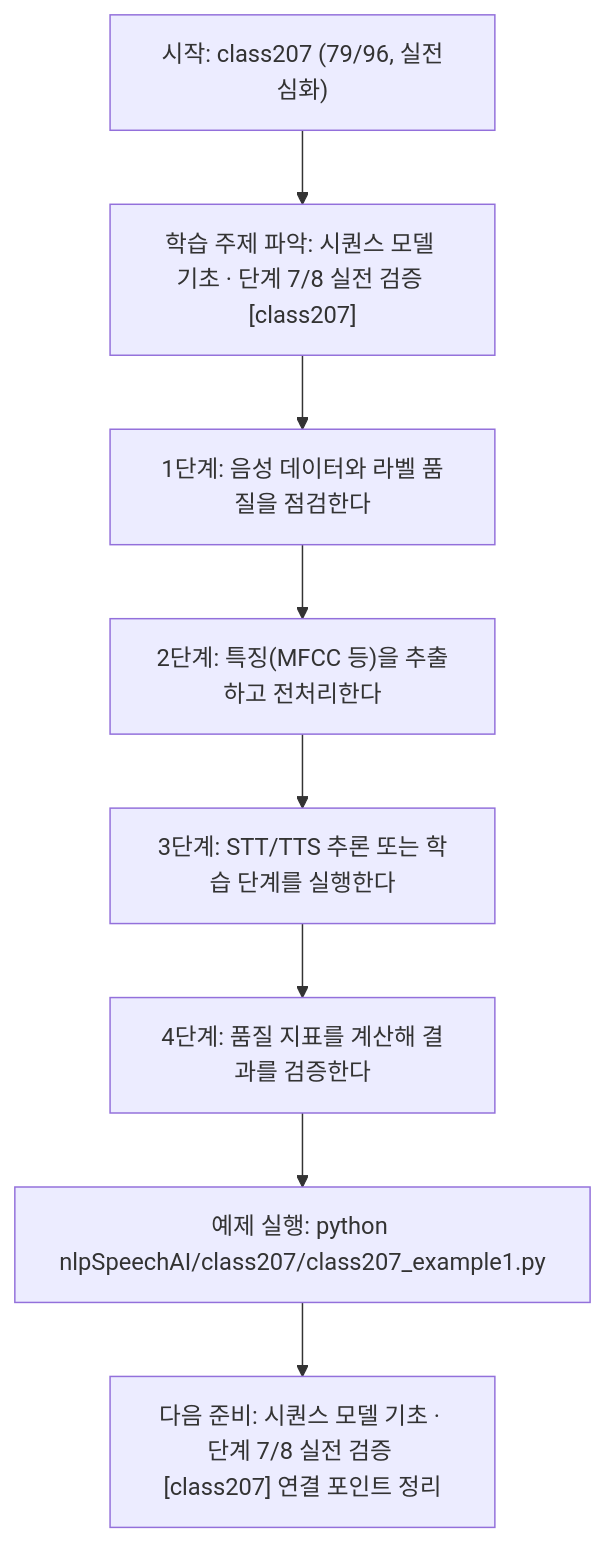
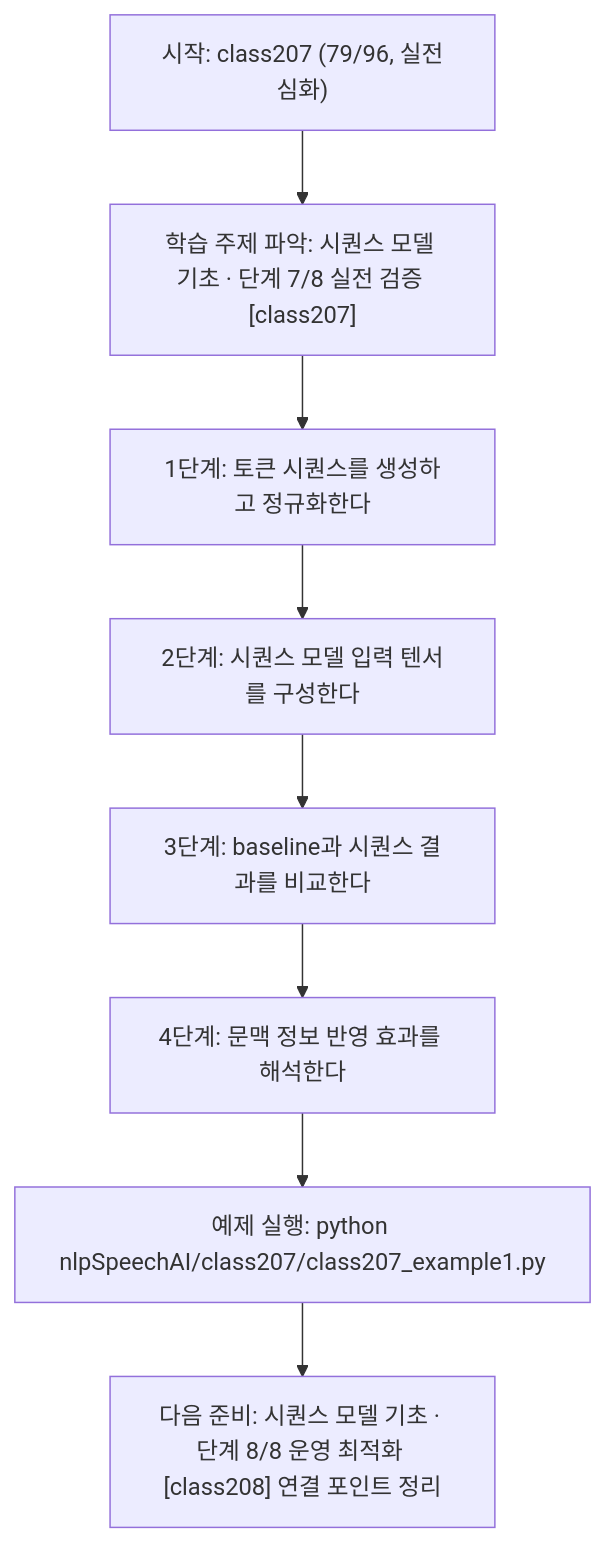
Before and after one commit to edumgt/Python-AI_Agent-Class: the diagram in nlpSpeechAI/class207/class207.md, drawn with Mermaid. The commit also changed other lines of this file and 1122 other files, not shown here.

````diff
--- a/nlpSpeechAI/class207/class207.md
+++ b/nlpSpeechAI/class207/class207.md
@@ -114,18 +95,18 @@
 ```mermaid
 flowchart TD
 N1["시작: class207 (79/96, 실전심화)"]
 N2["학습 주제 파악: 시퀀스 모델 기초 · 단계 7/8 실전 검증 [class207]"]
-N3["1단계: 음성 데이터와 라벨 품질을 점검한다"]
-N4["2단계: 특징(MFCC 등)을 추출하고 전처리한다"]
-N5["3단계: STT/TTS 추론 또는 학습 단계를 실행한다"]
-N6["4단계: 품질 지표를 계산해 결과를 검증한다"]
+N3["1단계: 토큰 시퀀스를 생성하고 정규화한다"]
+N4["2단계: 시퀀스 모델 입력 텐서를 구성한다"]
+N5["3단계: baseline과 시퀀스 결과를 비교한다"]
+N6["4단계: 문맥 정보 반영 효과를 해석한다"]
 N7["예제 실행: python nlpSpeechAI/class207/class207_example1.py"]
-N8["다음 준비: 시퀀스 모델 기초 · 단계 7/8 실전 검증 [class207] 연결 포인트 정리"]
+N8["다음 준비: 시퀀스 모델 기초 · 단계 8/8 운영 최적화 [class208] 연결 포인트 정리"]
 N1 --> N2
 N2 --> N3
 N3 --> N4
 N4 --> N5
 N5 --> N6
 N6 --> N7
 N7 --> N8
 ```
````
